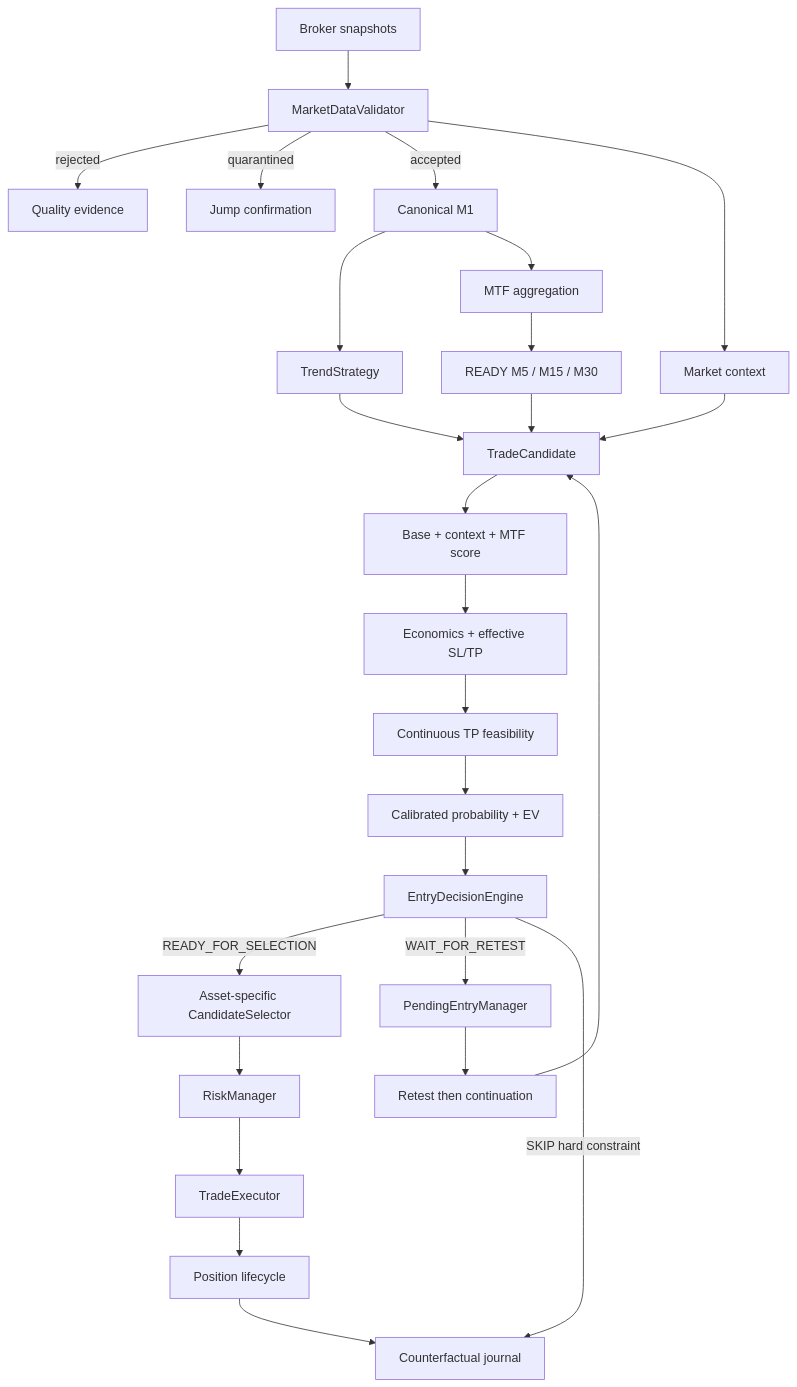
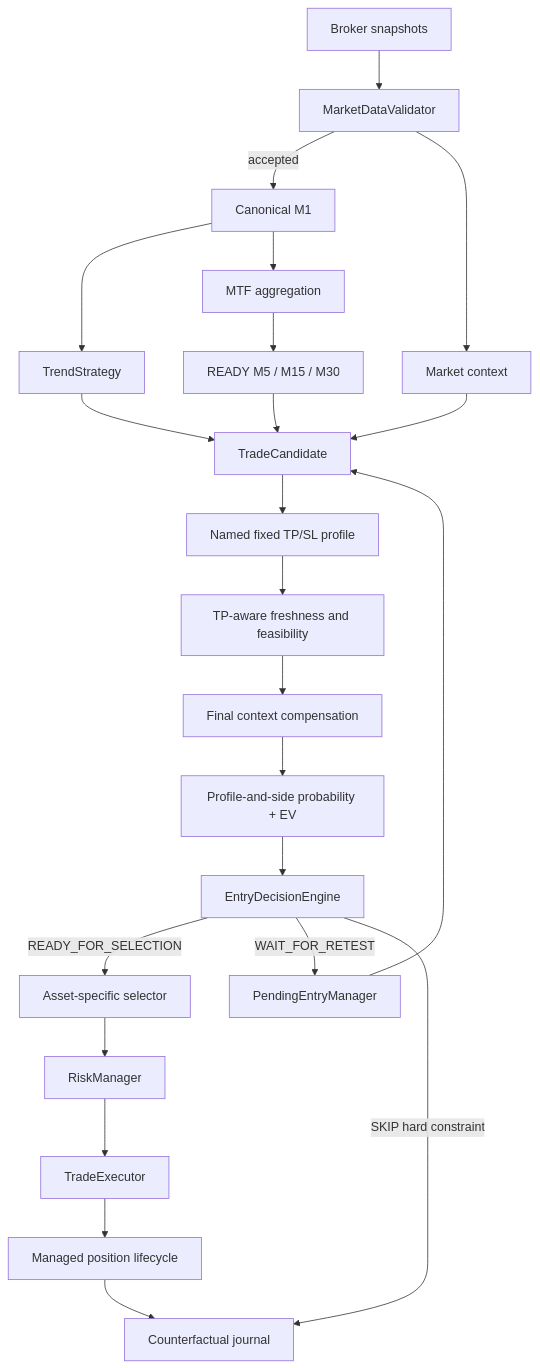
The diagram in README.md (Kaesarou/earendil), drawn with Mermaid before and after one commit. The commit also changed other lines of this file, not shown here.

Commit message:
document fixed TP-aware PR5-C contract

````diff
--- a/README.md
+++ b/README.md
@@ -48,28 +48,25 @@
 ```mermaid
 flowchart TD
     A[Broker snapshots] --> B[MarketDataValidator]
-    B -->|rejected| C[Quality evidence]
-    B -->|quarantined| D[Jump confirmation]
-    B -->|accepted| E[Canonical M1]
-    B --> F[Market context]
-    E --> G[TrendStrategy]
-    E --> H[MTF aggregation]
-    H --> I[READY M5 / M15 / M30]
-    G --> J[TradeCandidate]
-    F --> J
-    I --> J
-    J --> K[Base + context + MTF score]
-    K --> L[Economics + effective SL/TP]
-    L --> M[Continuous TP feasibility]
-    M --> N[Calibrated probability + EV]
-    N --> O[EntryDecisionEngine]
-    O -->|READY_FOR_SELECTION| P[Asset-specific CandidateSelector]
-    O -->|WAIT_FOR_RETEST| Q[PendingEntryManager]
-    O -->|SKIP hard constraint| R[Counterfactual journal]
-    Q --> S[Retest then continuation]
-    S --> J
-    P --> T[RiskManager]
-    T --> U[TradeExecutor]
-    U --> V[Position lifecycle]
-    V --> R
+    B -->|accepted| C[Canonical M1]
+    B --> D[Market context]
+    C --> E[TrendStrategy]
+    C --> F[MTF aggregation]
+    F --> G[READY M5 / M15 / M30]
+    E --> H[TradeCandidate]
+    D --> H
+    G --> H
+    H --> I[Named fixed TP/SL profile]
+    I --> J[TP-aware freshness and feasibility]
+    J --> K[Final context compensation]
+    K --> L[Profile-and-side probability + EV]
+    L --> M[EntryDecisionEngine]
+    M -->|READY_FOR_SELECTION| N[Asset-specific selector]
+    M -->|WAIT_FOR_RETEST| O[PendingEntryManager]
+    M -->|SKIP hard constraint| P[Counterfactual journal]
+    O --> H
+    N --> Q[RiskManager]
+    Q --> R[TradeExecutor]
+    R --> S[Managed position lifecycle]
+    S --> P
 ```
````
